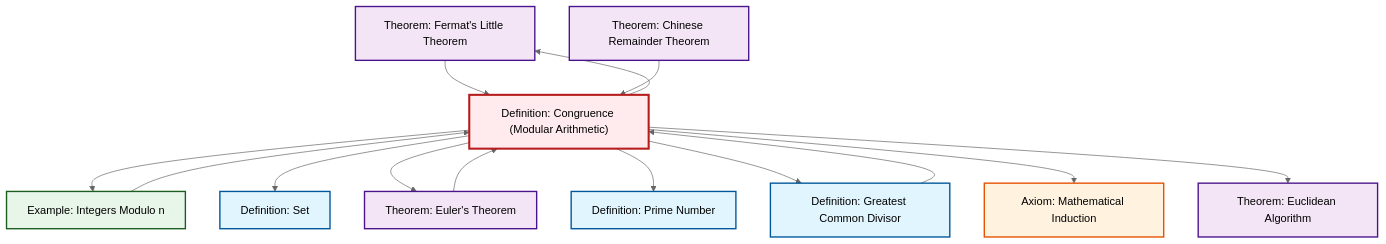
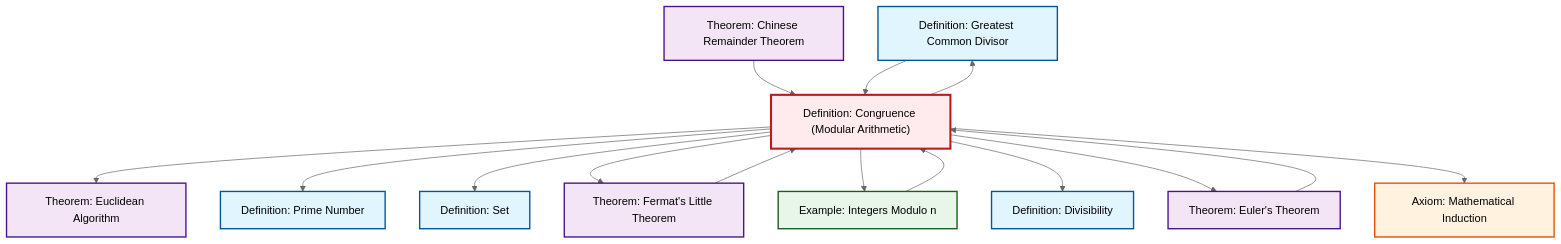
One commit to RK0429/ModernMath changed the diagram in content/en/number-theory/def-congruence.qmd. Above: the diagram before and after it, drawn with Mermaid (neutral theme). The commit also changed other lines of this file and 497 other files, not shown here.

````diff
--- a/content/en/number-theory/def-congruence.qmd
+++ b/content/en/number-theory/def-congruence.qmd
@@ -121,42 +122,45 @@
 ```{mermaid}
 %%| fig-cap: "Local dependency graph"
 graph TD
     classDef definition fill:#e1f5fe,stroke:#01579b,stroke-width:2px
     classDef theorem fill:#f3e5f5,stroke:#4a148c,stroke-width:2px
     classDef axiom fill:#fff3e0,stroke:#e65100,stroke-width:2px
     classDef example fill:#e8f5e9,stroke:#1b5e20,stroke-width:2px
     classDef current fill:#ffebee,stroke:#b71c1c,stroke-width:3px
+    def-prime["Definition: Prime Number"]:::definition
+    def-gcd["Definition: Greatest Common Divisor"]:::definition
+    ex-quotient-integers-mod-n["Example: Integers Modulo n"]:::example
+    def-set["Definition: Set"]:::definition
+    def-divisibility["Definition: Divisibility"]:::definition
+    thm-chinese-remainder["Theorem: Chinese Remainder Theorem"]:::theorem
+    ax-induction["Axiom: Mathematical Induction"]:::axiom
+    def-congruence["Definition: Congruence (Modular Arithmetic)"]:::definition
+    thm-euler["Theorem: Euler's Theorem"]:::theorem
     thm-fermat-little["Theorem: Fermat's Little Theorem"]:::theorem
-    thm-euler["Theorem: Euler's Theorem"]:::theorem
-    thm-chinese-remainder["Theorem: Chinese Remainder Theorem"]:::theorem
-    ex-quotient-integers-mod-n["Example: Integers Modulo n"]:::example
-    def-congruence["Definition: Congruence (Modular Arithmetic)"]:::definition
-    def-prime["Definition: Prime Number"]:::definition
-    def-set["Definition: Set"]:::definition
     thm-euclidean-algorithm["Theorem: Euclidean Algorithm"]:::theorem
-    def-gcd["Definition: Greatest Common Divisor"]:::definition
-    ax-induction["Axiom: Mathematical Induction"]:::axiom
+    thm-chinese-remainder --> def-congruence
+    ex-quotient-integers-mod-n --> def-congruence
+    def-congruence --> thm-euclidean-algorithm
+    def-congruence --> def-gcd
+    def-congruence --> def-prime
+    def-congruence --> def-set
+    def-congruence --> thm-fermat-little
     def-congruence --> ex-quotient-integers-mod-n
-    def-congruence --> thm-fermat-little
-    def-congruence --> def-set
+    def-congruence --> def-divisibility
+    thm-fermat-little --> def-congruence
+    def-gcd --> def-congruence
     thm-euler --> def-congruence
     def-congruence --> thm-euler
-    ex-quotient-integers-mod-n --> def-congruence
-    def-congruence --> def-prime
-    thm-fermat-little --> def-congruence
-    def-congruence --> def-gcd
     def-congruence --> ax-induction
-    def-gcd --> def-congruence
-    def-congruence --> thm-euclidean-algorithm
-    thm-chinese-remainder --> def-congruence
     class def-congruence current
+    click def-prime "def-prime.html" "Go to Prime Number definition"
+    click def-gcd "def-gcd.html" "Go to Greatest Common Divisor definition"
+    click ex-quotient-integers-mod-n "ex-quotient-integers-mod-n.html" "Go to Integers Modulo n example"
+    click def-set "def-set.html" "Go to Set definition"
+    click def-divisibility "def-divisibility.html" "Go to Divisibility definition"
+    click thm-chinese-remainder "thm-chinese-remainder.html" "Go to Chinese Remainder Theorem theorem"
+    click ax-induction "ax-induction.html" "Go to Mathematical Induction axiom"
+    click thm-euler "thm-euler.html" "Go to Euler's Theorem theorem"
     click thm-fermat-little "thm-fermat-little.html" "Go to Fermat's Little Theorem theorem"
-    click thm-euler "thm-euler.html" "Go to Euler's Theorem theorem"
-    click thm-chinese-remainder "thm-chinese-remainder.html" "Go to Chinese Remainder Theorem theorem"
-    click ex-quotient-integers-mod-n "ex-quotient-integers-mod-n.html" "Go to Integers Modulo n example"
-    click def-prime "def-prime.html" "Go to Prime Number definition"
-    click def-set "def-set.html" "Go to Set definition"
     click thm-euclidean-algorithm "thm-euclidean-algorithm.html" "Go to Euclidean Algorithm theorem"
-    click def-gcd "def-gcd.html" "Go to Greatest Common Divisor definition"
-    click ax-induction "ax-induction.html" "Go to Mathematical Induction axiom"
 ```
````
